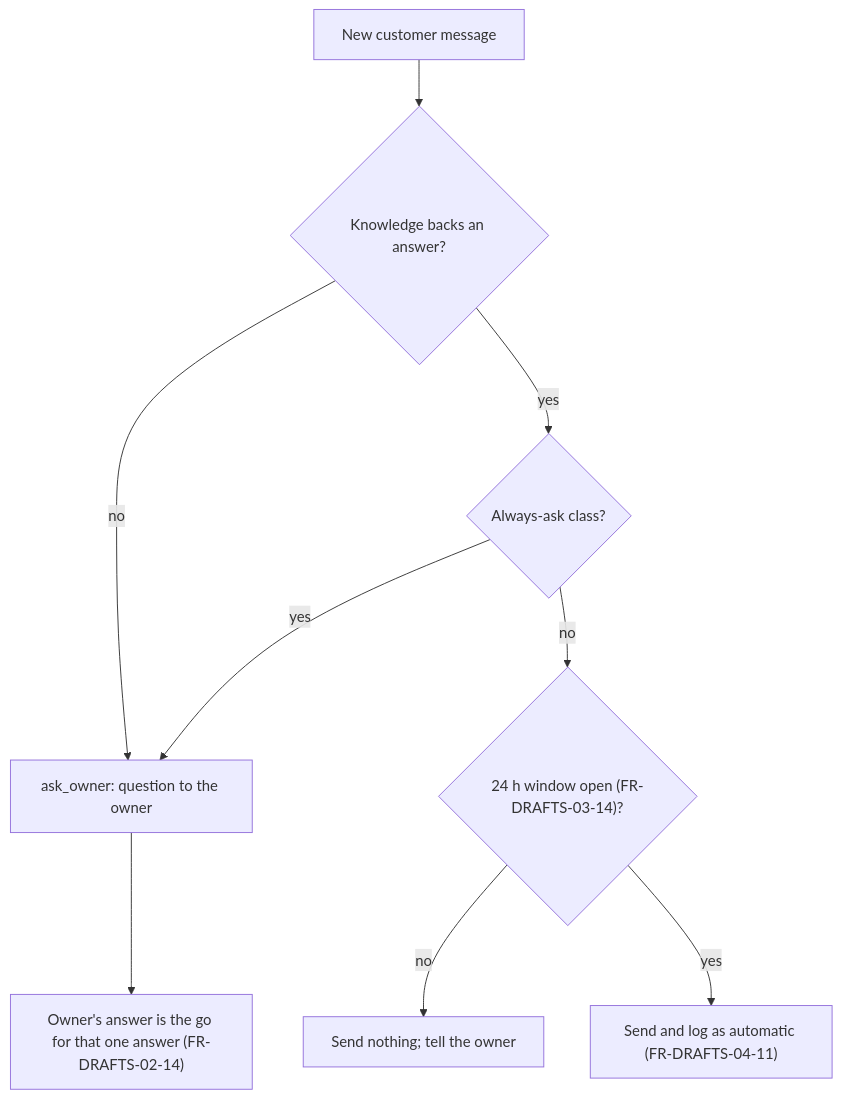
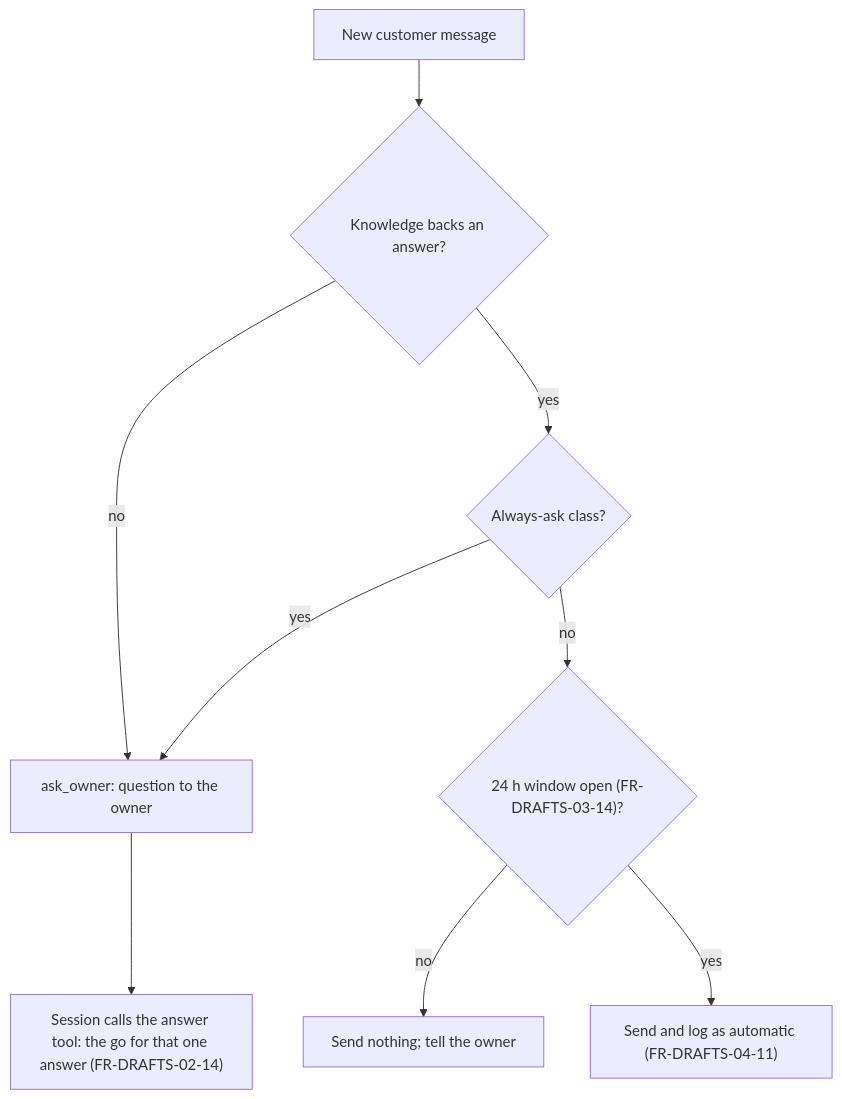
The diagram in docs/drafts/adr/ADR-013-pilot-automatic-send.md (antonygiomarxdev/deputy), drawn with Mermaid before and after one commit. The commit also changed other lines of this file and 3 other files, not shown here.

First line of the commit message:
docs: the owner's answer is the go only through the session's answer tool

````diff
--- a/docs/drafts/adr/ADR-013-pilot-automatic-send.md
+++ b/docs/drafts/adr/ADR-013-pilot-automatic-send.md
@@ -18,11 +18,11 @@
 ```mermaid
 flowchart TD
   A["New customer message"] --> B{"Knowledge backs an answer?"}
   B -- no --> Q["ask_owner: question to the owner"]
-  Q --> R["Owner's answer is the go for that one answer (FR-DRAFTS-02-14)"]
+  Q --> R["Session calls the answer tool: the go for that one answer (FR-DRAFTS-02-14)"]
   B -- yes --> C{"Always-ask class?"}
   C -- yes --> Q
   C -- no --> W{"24 h window open (FR-DRAFTS-03-14)?"}
   W -- no --> T["Send nothing; tell the owner"]
   W -- yes --> S["Send and log as automatic (FR-DRAFTS-04-11)"]
 ```
````
